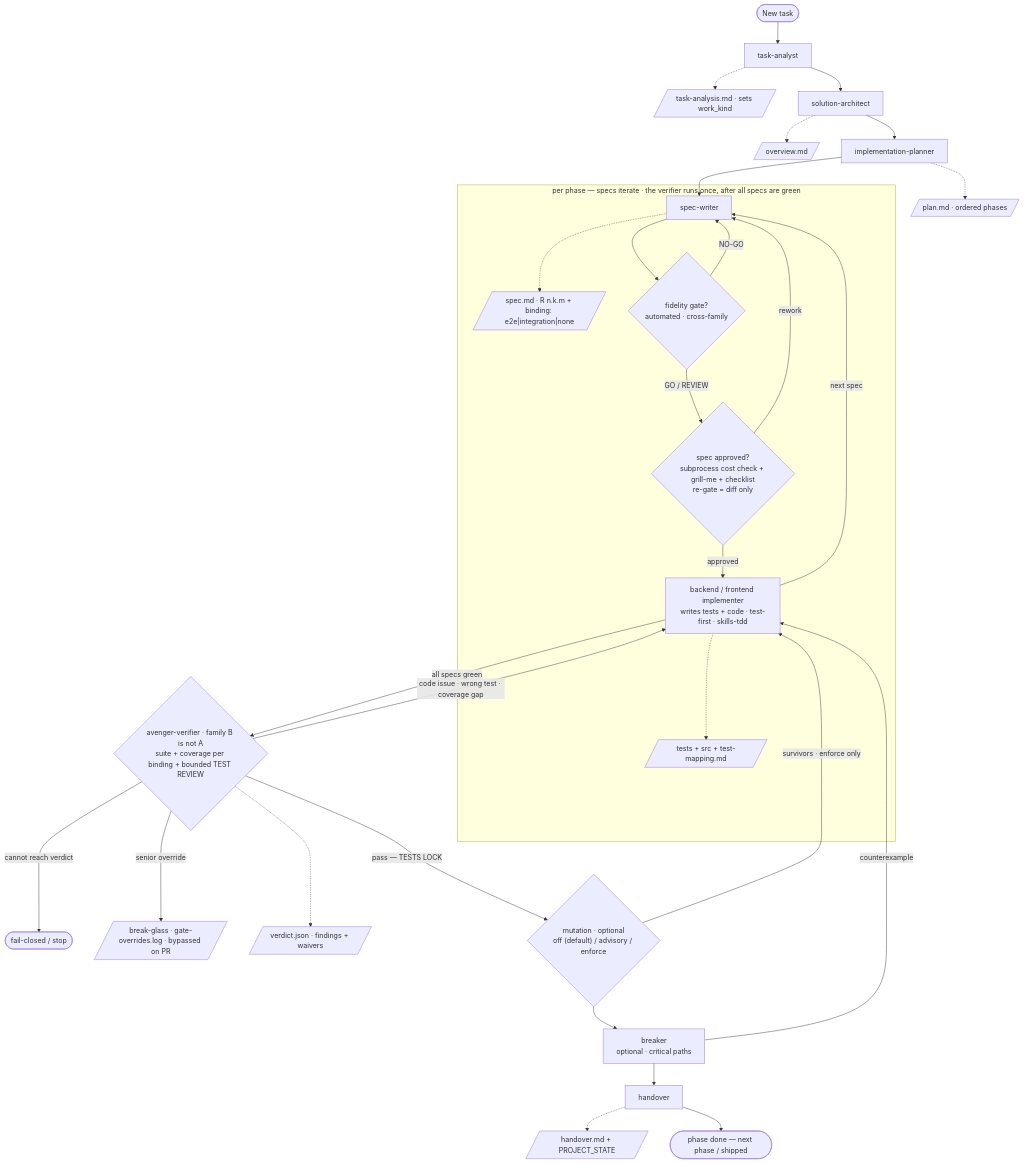
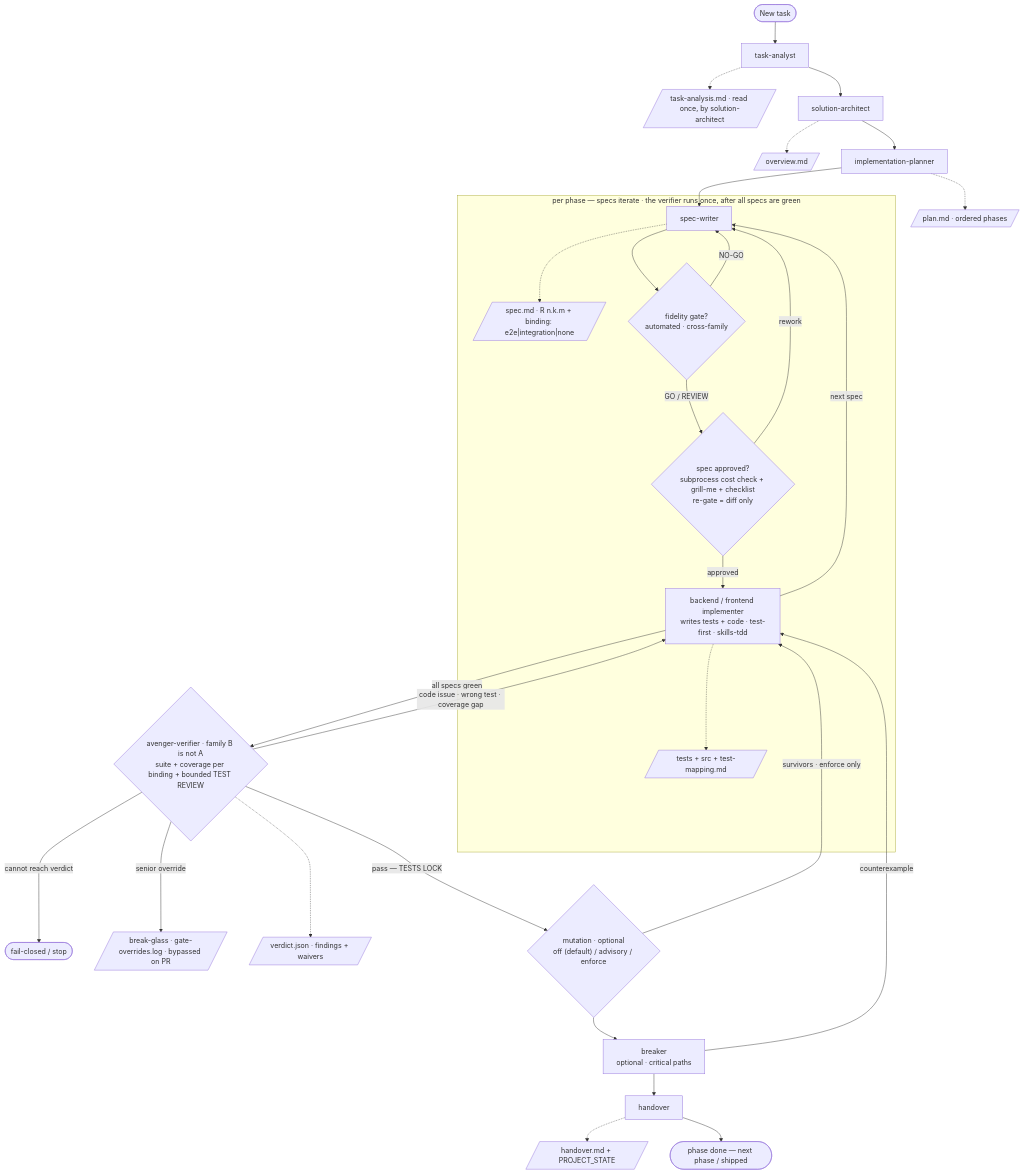
The diagram in README.md (szobonyaerik/agentic-avengers), drawn with Mermaid before and after one commit. The commit also changed other lines of this file and 37 other files, not shown here.

````diff
--- a/README.md
+++ b/README.md
@@ -42,34 +42,34 @@
 ```mermaid
 flowchart TD
     start(["New task"]) --> ta["task-analyst"]
-    ta -.-> taA[/"task-analysis.md · sets work_kind"/]
+    ta -.-> taA[/"task-analysis.md · read once, by solution-architect"/]
     ta --> sa["solution-architect"]
     sa -.-> saA[/"overview.md"/]
     sa --> ip["implementation-planner"]
     ip -.-> ipA[/"plan.md · ordered phases"/]
     ip --> sw
 
     subgraph phase ["per phase — specs iterate · the verifier runs once, after all specs are green"]
         sw["spec-writer"] -.-> swA[/"spec.md · R n.k.m + binding: e2e|integration|none"/]
         sw --> fg{"fidelity gate?<br/>automated · cross-family"}
         fg -->|"NO-GO"| sw
         fg -->|"GO / REVIEW"| sr{"spec approved?<br/>subprocess cost check + grill-me + checklist<br/>re-gate = diff only"}
         sr -->|"rework"| sw
         sr -->|"approved"| impl["backend / frontend implementer<br/>writes tests + code · test-first · skills-tdd"]
         impl -.-> implA[/"tests + src + test-mapping.md"/]
         impl -->|"next spec"| sw
     end
 
     impl -->|"all specs green"| ver{"avenger-verifier · family B is not A<br/>suite + coverage per binding + bounded TEST REVIEW"}
     ver -->|"cannot reach verdict"| stop(["fail-closed / stop"])
     ver -->|"senior override"| bg[/"break-glass · gate-overrides.log · bypassed on PR"/]
     ver -->|"code issue · wrong test · coverage gap"| impl
     ver -.-> verA[/"verdict.json · findings + waivers"/]
     ver -->|"pass — TESTS LOCK"| mut{"mutation · optional<br/>off (default) / advisory / enforce"}
     mut -->|"survivors · enforce only"| impl
     mut --> brk["breaker<br/>optional · critical paths"]
     brk -->|"counterexample"| impl
     brk --> ho["handover"]
     ho -.-> hoA[/"handover.md + PROJECT_STATE"/]
     ho --> done(["phase done — next phase / shipped"])
 ```
````
